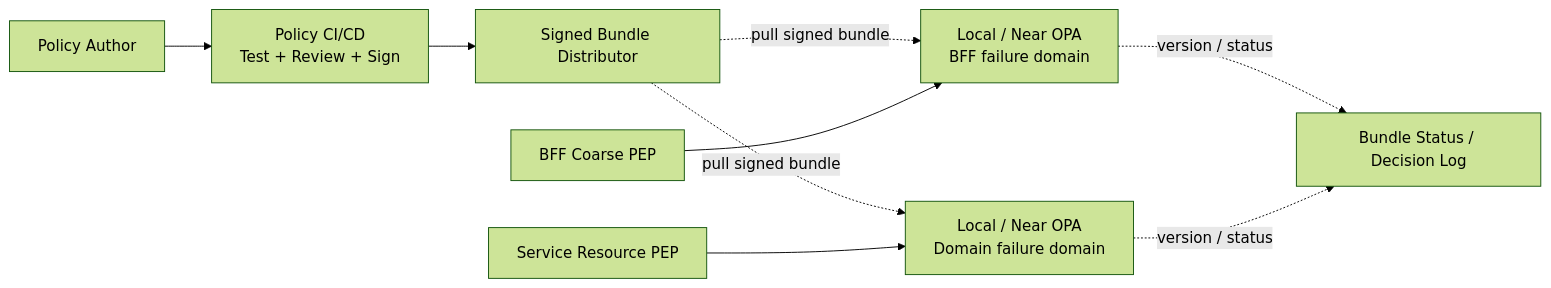
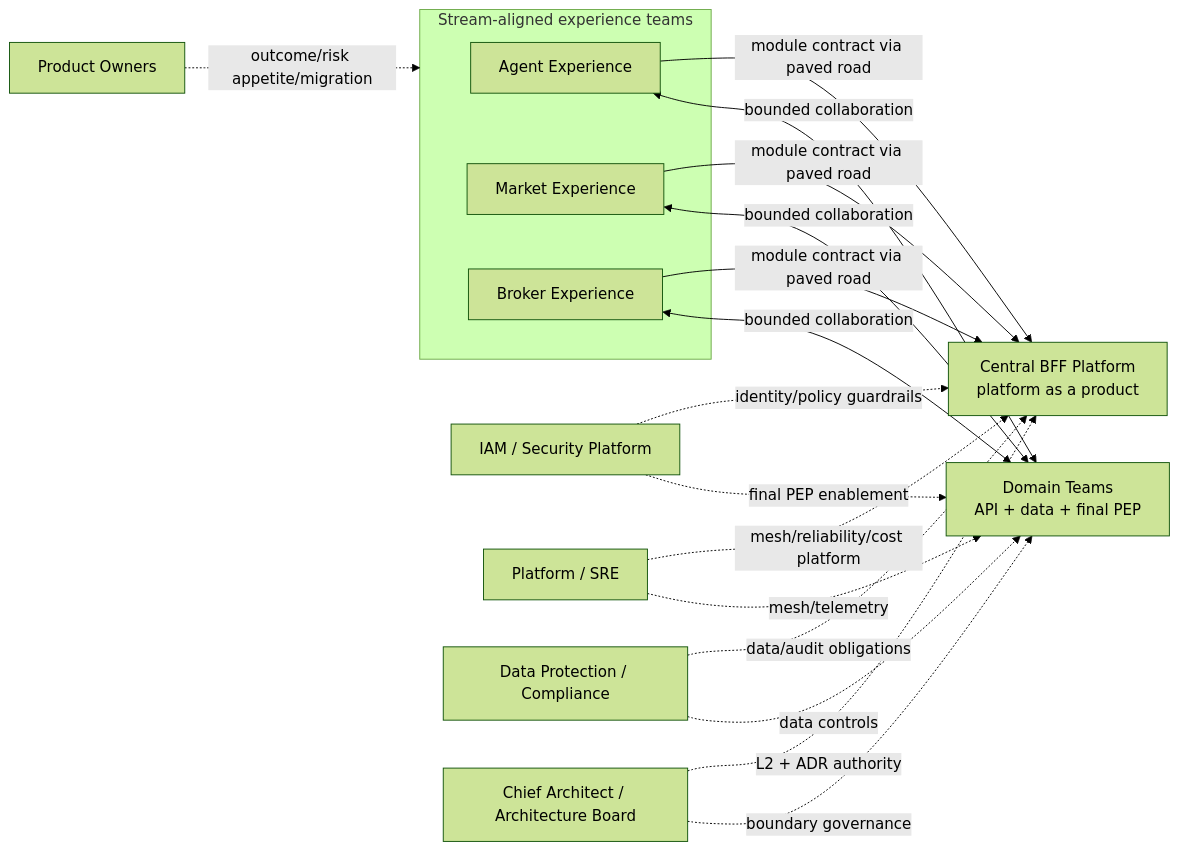
Before and after one commit to huynv-xyz/vhm: the fourth of 5 diagrams in zero-trust.md, drawn with Mermaid (forest theme). The commit also changed other lines of this file, not shown here.

First line of the commit message:
docs: refactor Zero Trust TDD for architecture review

````diff
--- a/zero-trust.md
+++ b/zero-trust.md
@@ -1596,19 +1007,32 @@
 ```mermaid
 flowchart LR
-    Author["Policy Author"]
-    CICD["Policy CI/CD<br/>Test + Review + Sign"]
-    Distributor["Signed Bundle Distributor"]
-    OPA1["Local / Near OPA<br/>BFF failure domain"]
-    OPA2["Local / Near OPA<br/>Domain failure domain"]
-    BFFPEP["BFF Coarse PEP"]
-    ServicePEP["Service Resource PEP"]
-    Status["Bundle Status / Decision Log"]
+    subgraph Stream["Stream-aligned experience teams"]
+        AgentT["Agent Experience"]
+        MarketT["Market Experience"]
+        BrokerT["Broker Experience"]
+    end
 
-    Author --> CICD --> Distributor
-    Distributor -. "pull signed bundle" .-> OPA1
-    Distributor -. "pull signed bundle" .-> OPA2
-    BFFPEP --> OPA1
-    ServicePEP --> OPA2
-    OPA1 -. "version / status" .-> Status
-    OPA2 -. "version / status" .-> Status
+    BFFP["Central BFF Platform<br/>platform as a product"]
+    Domains["Domain Teams<br/>API + data + final PEP"]
+    IAM["IAM / Security Platform"]
+    SRE["Platform / SRE"]
+    Product["Product Owners"]
+    Compliance["Data Protection / Compliance"]
+    Board["Chief Architect / Architecture Board"]
+
+    AgentT -->|"module contract via paved road"| BFFP
+    MarketT -->|"module contract via paved road"| BFFP
+    BrokerT -->|"module contract via paved road"| BFFP
+    AgentT <-->|"bounded collaboration"| Domains
+    MarketT <-->|"bounded collaboration"| Domains
+    BrokerT <-->|"bounded collaboration"| Domains
+    IAM -. "identity/policy guardrails" .-> BFFP
+    IAM -. "final PEP enablement" .-> Domains
+    SRE -. "mesh/reliability/cost platform" .-> BFFP
+    SRE -. "mesh/telemetry" .-> Domains
+    Product -. "outcome/risk appetite/migration" .-> Stream
+    Compliance -. "data/audit obligations" .-> BFFP
+    Compliance -. "data controls" .-> Domains
+    Board -. "L2 + ADR authority" .-> BFFP
+    Board -. "boundary governance" .-> Domains
 ```
````
